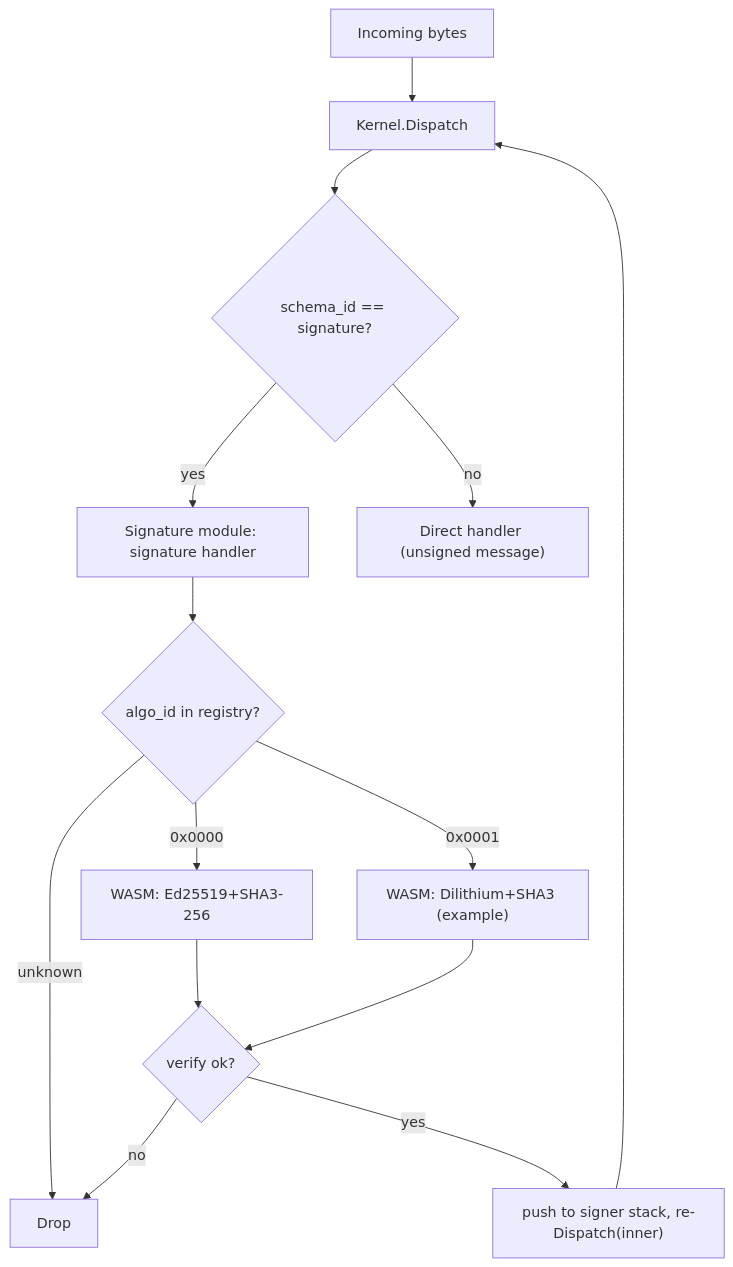
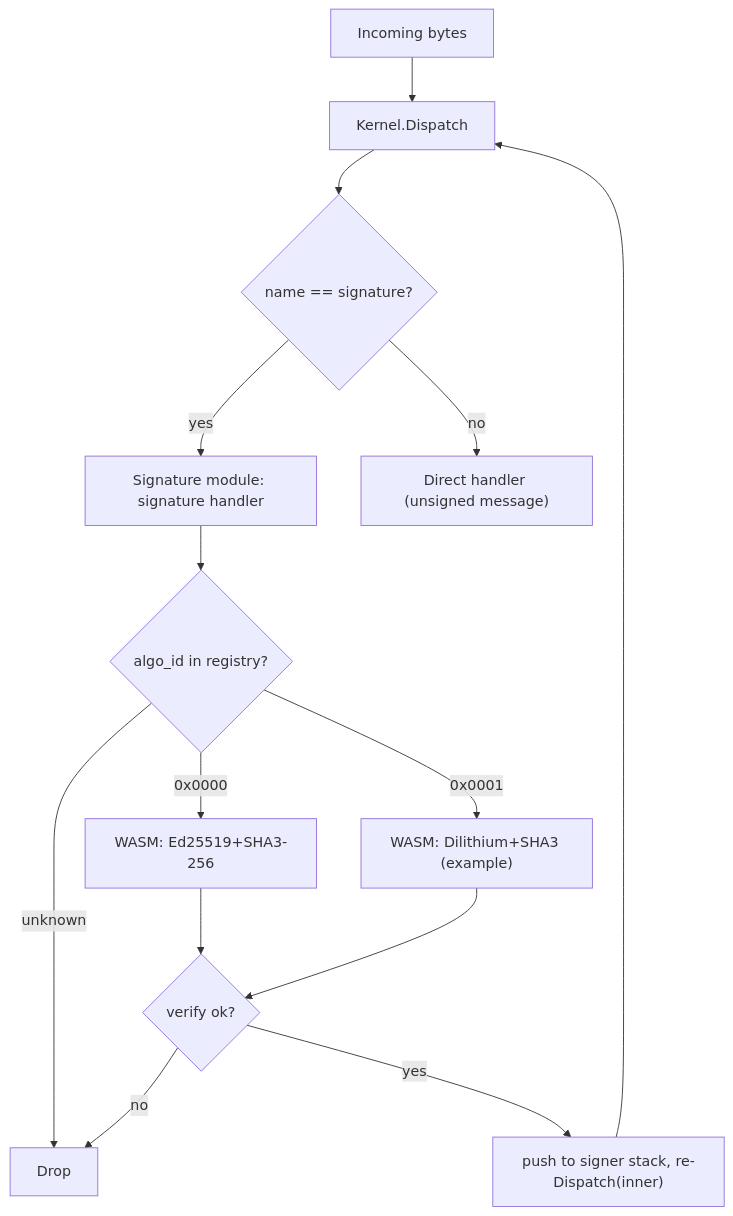
One commit to arj03/seedkernel changed the second of 3 diagrams in README.md. Above: the diagram before and after it, drawn with Mermaid. The commit also changed other lines of this file, not shown here.

````diff
--- a/README.md
+++ b/README.md
@@ -396,16 +369,16 @@
 ```mermaid
 flowchart TD
     MSG["Incoming bytes"] --> KERNEL["Kernel.Dispatch"]
-    KERNEL --> SCHEMA{"schema_id == signature?"}
-    SCHEMA -->|"yes"| WRAP["Signature module: signature handler"]
-    SCHEMA -->|"no"| INNER["Direct handler (unsigned message)"]
+    KERNEL --> NAME{"name == signature?"}
+    NAME -->|"yes"| WRAP["Signature module: signature handler"]
+    NAME -->|"no"| INNER["Direct handler (unsigned message)"]
     WRAP --> LOOKUP{"algo_id in registry?"}
     LOOKUP -->|"0x0000"| NATIVE["WASM: Ed25519+SHA3-256"]
     LOOKUP -->|"0x0001"| WASM1["WASM: Dilithium+SHA3 (example)"]
     LOOKUP -->|"unknown"| DROP["Drop"]
     NATIVE --> VERIFY{"verify ok?"}
     WASM1 --> VERIFY
     VERIFY -->|"no"| DROP
     VERIFY -->|"yes"| REDISP["push to signer stack, re-Dispatch(inner)"]
     REDISP --> KERNEL
 ```
````
